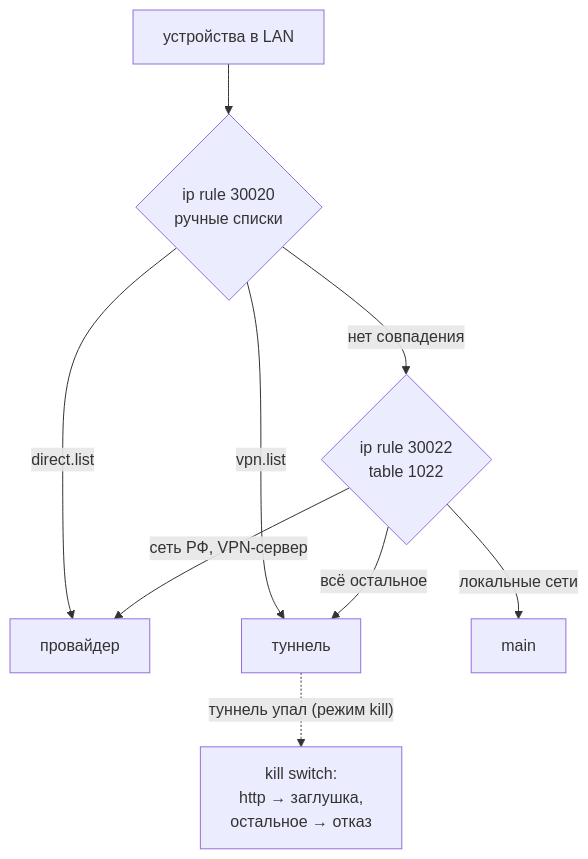
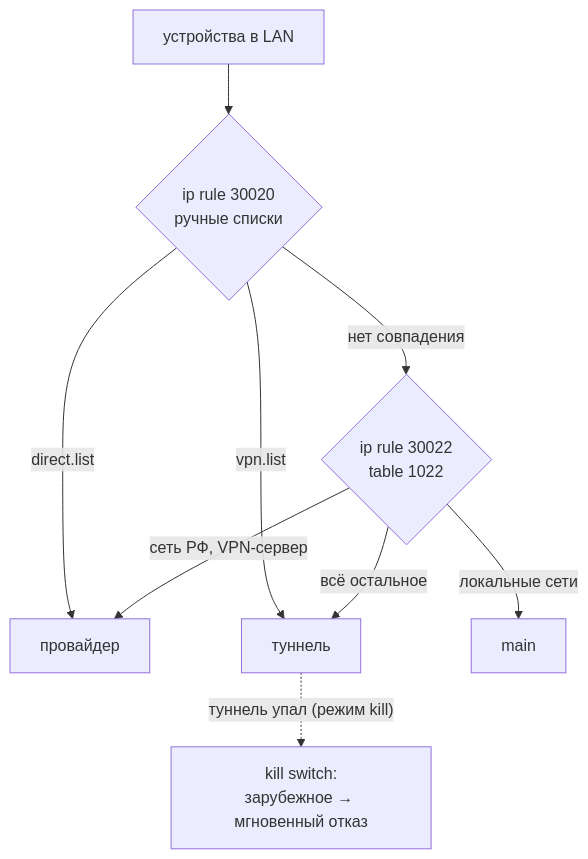
The diagram in README.md (kubokot-tech/razvilka), drawn with Mermaid before and after one commit. The commit also changed other lines of this file and 6 other files, not shown here.

````diff
--- a/README.md
+++ b/README.md
@@ -42,11 +42,11 @@
 ```mermaid
 flowchart TB
     LAN["устройства в LAN"] --> R1{"ip rule 30020<br/>ручные списки"}
     R1 -- "direct.list" --> ISP["провайдер"]
     R1 -- "vpn.list" --> TUN["туннель"]
     R1 -- "нет совпадения" --> R2{"ip rule 30022<br/>table 1022"}
     R2 -- "сеть РФ, VPN-сервер" --> ISP
     R2 -- "всё остальное" --> TUN
     R2 -- "локальные сети" --> MAIN["main"]
-    TUN -. "туннель упал (режим kill)" .-> KS["kill switch:<br/>http → заглушка,<br/>остальное → отказ"]
+    TUN -. "туннель упал (режим kill)" .-> KS["kill switch:<br/>зарубежное → мгновенный отказ"]
 ```
````
